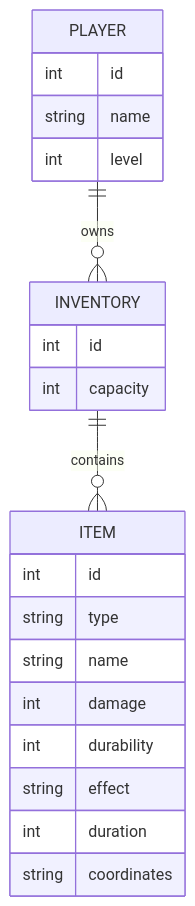
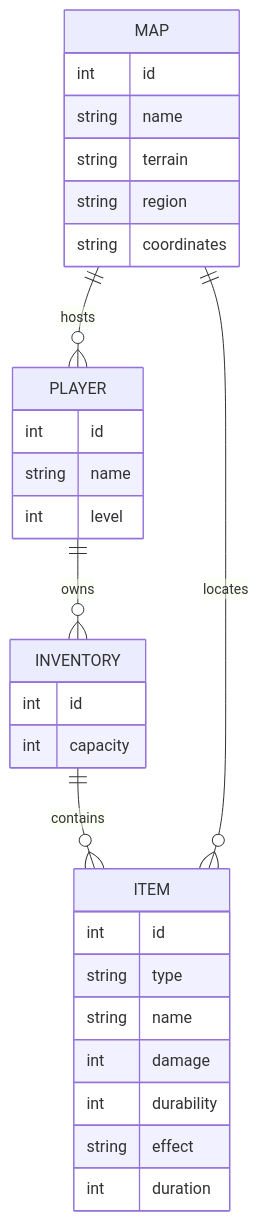
The diagram in project-root/docs/schema.md (Rosario-sanchez-marin/CBTis_47-RPG-Inventory-System), drawn with Mermaid before and after one commit. The commit also changed other lines of this file, not shown here.

````diff
--- a/project-root/docs/schema.md
+++ b/project-root/docs/schema.md
@@ -3,30 +3,39 @@
 ```mermaid
 ---
 title:RPG Inventory System 
 ---
 erDiagram
     PLAYER ||--o{ INVENTORY : owns
     INVENTORY ||--o{ ITEM : contains
+    MAP ||--o{ ITEM : locates
+    MAP ||--o{ PLAYER : hosts
 
     PLAYER {
         int id
         string name
         int level
     }
 
     INVENTORY {
         int id
         int capacity
     }
 
     ITEM {
         int id
         string type
         string name
         int damage
         int durability
         string effect
         int duration
+    }
+
+    MAP {
+        int id
+        string name
+        string terrain
+        string region
         string coordinates
     }
 ```
````
